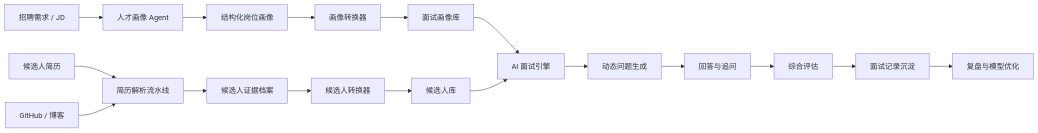
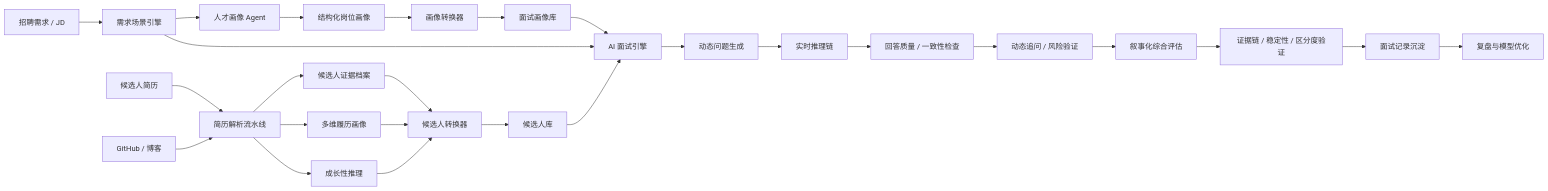
The first of 2 diagrams in defense_showcase/README.md (Firstpioneer/human_analysis), drawn with Mermaid before and after one commit. The commit also changed other lines of this file and 1 other file, not shown here.

````diff
--- a/defense_showcase/README.md
+++ b/defense_showcase/README.md
@@ -30,19 +34,28 @@
 ```mermaid
 flowchart LR
-    A[招聘需求 / JD] --> B[人才画像 Agent]
-    B --> C[结构化岗位画像]
-    D[候选人简历] --> E[简历解析流水线]
-    E --> F[候选人证据档案]
-    G[GitHub / 博客] --> E
-    C --> H[画像转换器]
-    F --> I[候选人转换器]
-    H --> J[面试画像库]
-    I --> K[候选人库]
-    J --> L[AI 面试引擎]
-    K --> L
-    L --> M[动态问题生成]
-    M --> N[回答与追问]
-    N --> O[综合评估]
-    O --> P[面试记录沉淀]
-    P --> Q[复盘与模型优化]
+    A[招聘需求 / JD] --> B[需求场景引擎]
+    B --> C[人才画像 Agent]
+    C --> D[结构化岗位画像]
+    E[候选人简历] --> F[简历解析流水线]
+    G[GitHub / 博客] --> F
+    F --> H[候选人证据档案]
+    F --> I[多维履历画像]
+    F --> J[成长性推理]
+    D --> K[画像转换器]
+    H --> L[候选人转换器]
+    I --> L
+    J --> L
+    K --> M[面试画像库]
+    L --> N[候选人库]
+    M --> O[AI 面试引擎]
+    N --> O
+    B --> O
+    O --> P[动态问题生成]
+    P --> Q[实时推理链]
+    Q --> R[回答质量 / 一致性检查]
+    R --> S[动态追问 / 风险验证]
+    S --> T[叙事化综合评估]
+    T --> U[证据链 / 稳定性 / 区分度验证]
+    U --> V[面试记录沉淀]
+    V --> W[复盘与模型优化]
 ```
````
